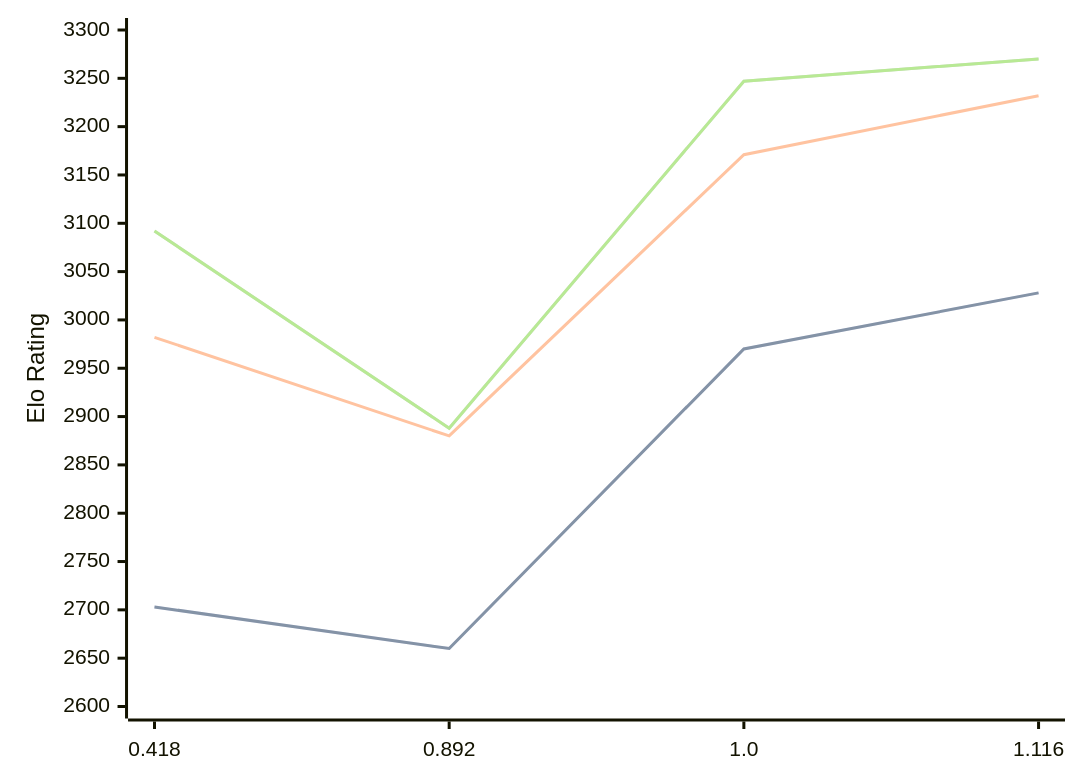
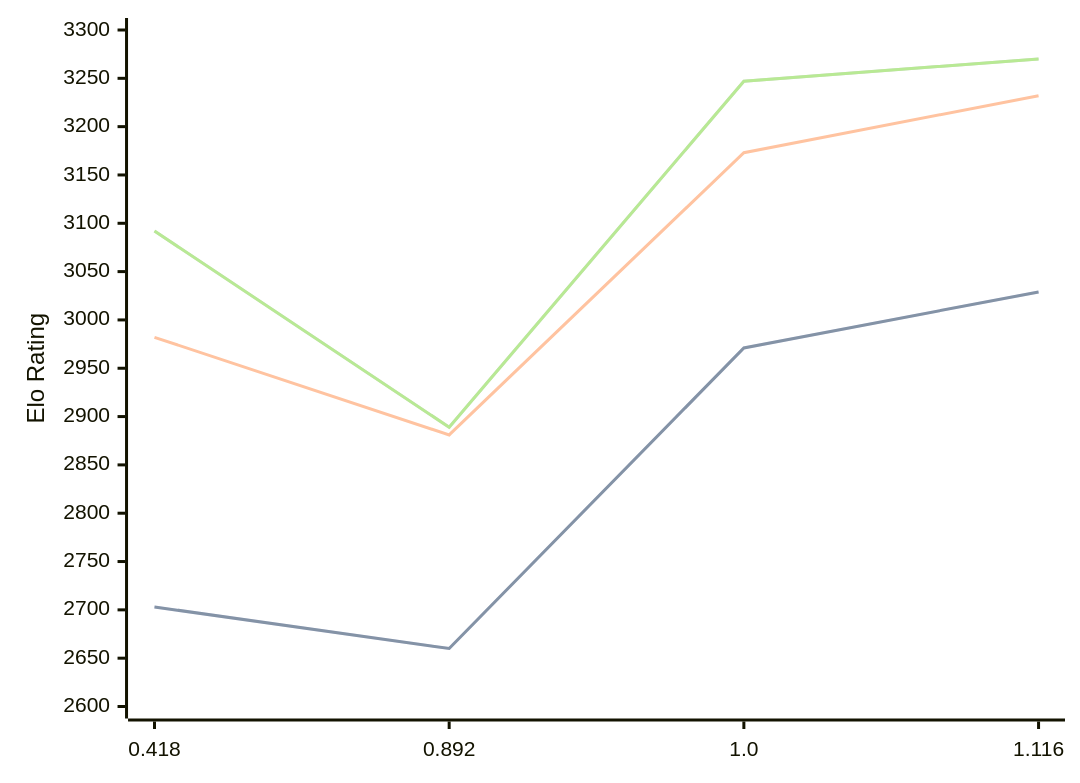
Before and after one commit to computer-chess-index/cci: the third of 3 diagrams in engines/Malika.md, drawn with Mermaid. The commit also changed other lines of this file, not shown here.

Commit message:
Update CCI Ratings (ELO VLTC) - 2026-07-13

````diff
--- a/engines/Malika.md
+++ b/engines/Malika.md
@@ -67,11 +67,11 @@
 ```mermaid
 %%{init: {"theme":"base","themeVariables":{"seriesColors:['#a3a3a3','#222221','#faa371']}}}%%
 xychart-beta
   x-axis ["0.418", "0.892", "1.0", "1.116"]
   y-axis "Elo Rating" 2600 --> 3300
-  line "STC (8.0+0.08s)" [2703, 2660, 2970, 3028]
-  line "STC (8.0+0.08s)" [2703, 2660, 2970, 3028]
-  line "LTC (60.0+0.60s)" [2982, 2880, 3171, 3232]
-  line "VLTC (2m24s+1.12s)" [3092, 2888, 3247, 3270]
-  line "VLTC (2m24s+1.12s)" [3092, 2888, 3247, 3270]
+  line "STC (8.0+0.08s)" [2703, 2660, 2971, 3029]
+  line "STC (8.0+0.08s)" [2703, 2660, 2971, 3029]
+  line "LTC (60.0+0.60s)" [2982, 2881, 3173, 3232]
+  line "VLTC (2m24s+1.12s)" [3092, 2889, 3247, 3270]
+  line "VLTC (2m24s+1.12s)" [3092, 2889, 3247, 3270]
 ```
````
